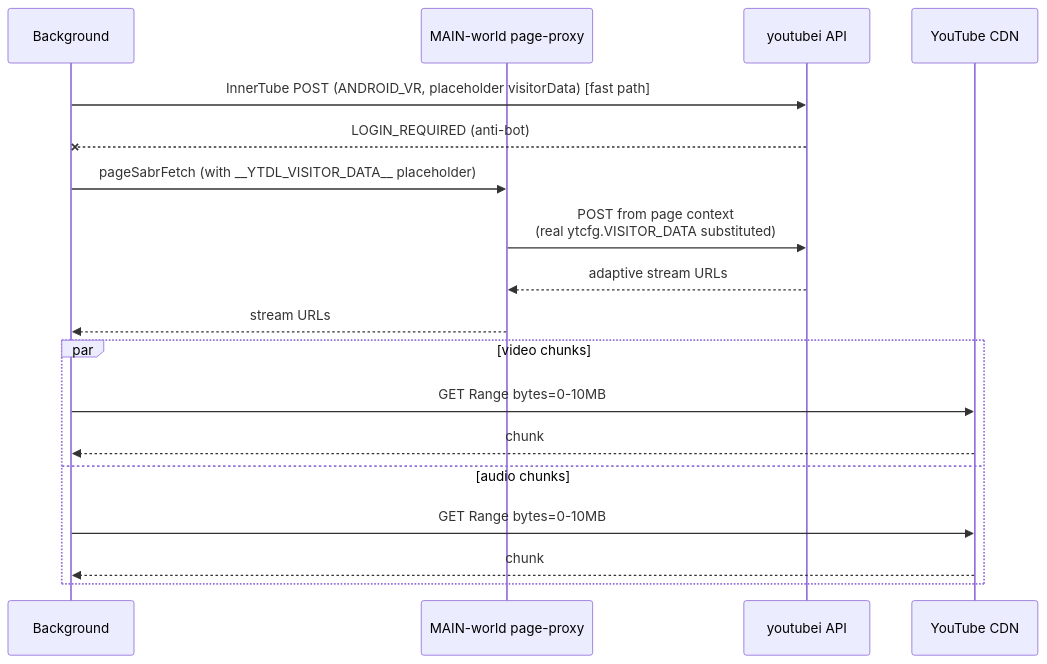
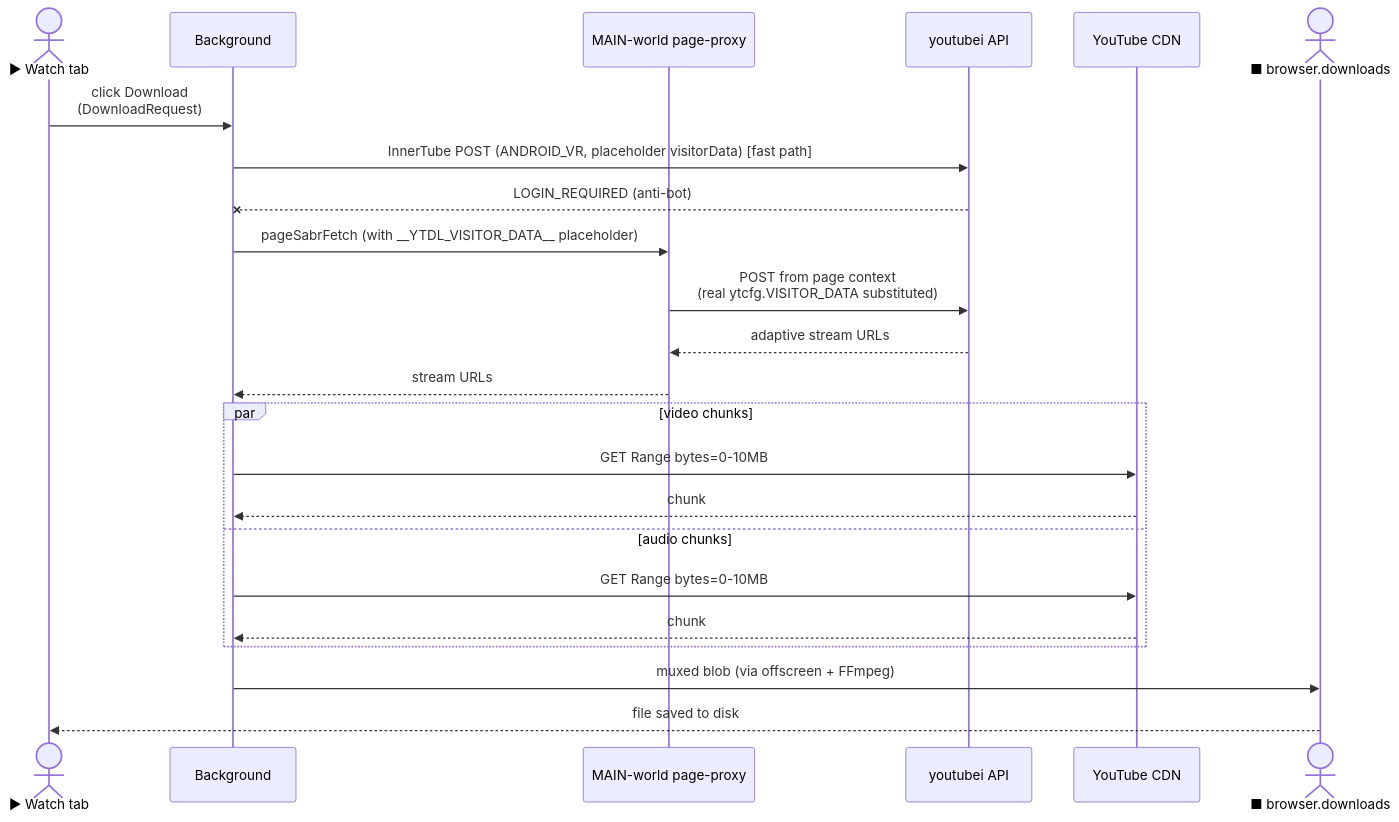
Before and after one commit to avi12/youtube-downloader: the third of 3 diagrams in ARCHITECTURE.md, drawn with Mermaid.

Commit message:
ARCHITECTURE: bookend Firefox sequence with Watch tab + downloads actors

````diff
--- a/ARCHITECTURE.md
+++ b/ARCHITECTURE.md
@@ -135,21 +135,26 @@
 ```mermaid
 sequenceDiagram
+    actor Tab as ▶ Watch tab
     participant BG as Background
-    participant Tab as MAIN-world page-proxy
+    participant Page as MAIN-world page-proxy
     participant YT as youtubei API
     participant CDN as YouTube CDN
+    actor DL as ■ browser.downloads
 
+    Tab->>BG: click Download<br/>(DownloadRequest)
     BG->>YT: InnerTube POST (ANDROID_VR, placeholder visitorData) [fast path]
     YT--xBG: LOGIN_REQUIRED (anti-bot)
-    BG->>Tab: pageSabrFetch (with __YTDL_VISITOR_DATA__ placeholder)
-    Tab->>YT: POST from page context<br/>(real ytcfg.VISITOR_DATA substituted)
-    YT-->>Tab: adaptive stream URLs
-    Tab-->>BG: stream URLs
+    BG->>Page: pageSabrFetch (with __YTDL_VISITOR_DATA__ placeholder)
+    Page->>YT: POST from page context<br/>(real ytcfg.VISITOR_DATA substituted)
+    YT-->>Page: adaptive stream URLs
+    Page-->>BG: stream URLs
     par video chunks
       BG->>CDN: GET Range bytes=0-10MB
       CDN-->>BG: chunk
     and audio chunks
       BG->>CDN: GET Range bytes=0-10MB
       CDN-->>BG: chunk
     end
+    BG->>DL: muxed blob (via offscreen + FFmpeg)
+    DL-->>Tab: file saved to disk
 ```
````
